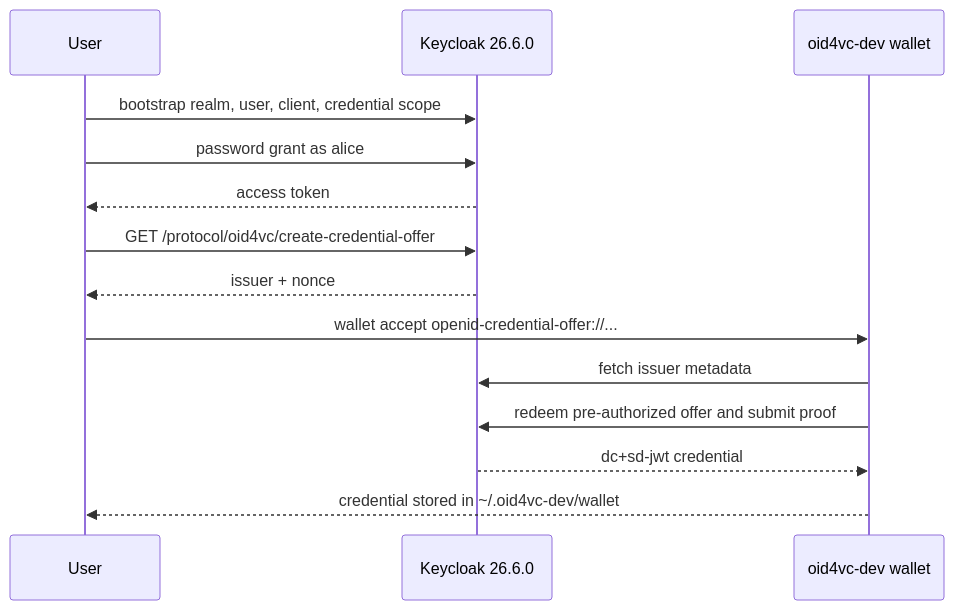
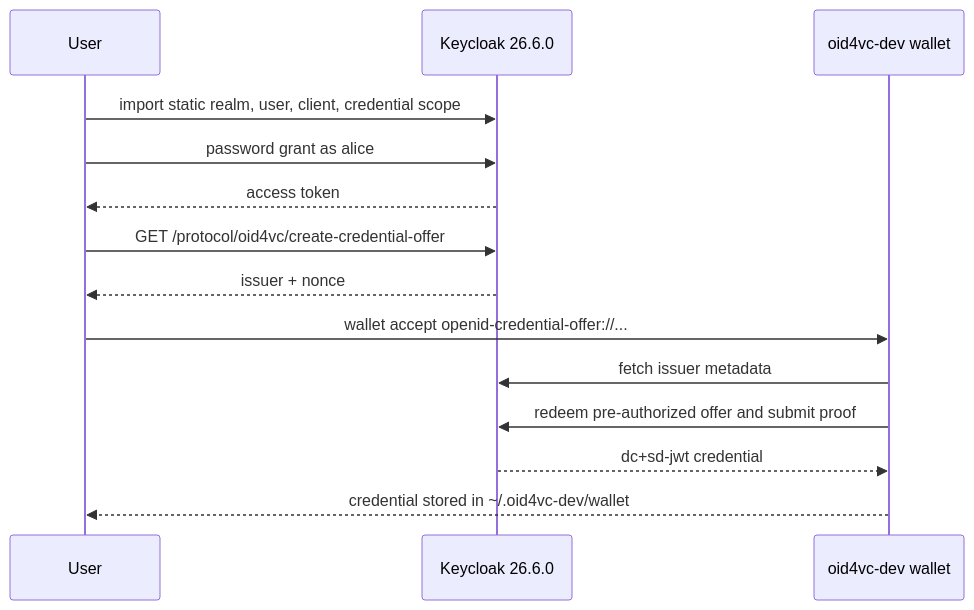
Before and after one commit to dominikschlosser/ssi-debugger: the diagram in examples/keycloak-issuer-wallet/README.md, drawn with Mermaid. The commit also changed other lines of this file and 33 other files, not shown here.

````diff
--- a/examples/keycloak-issuer-wallet/README.md
+++ b/examples/keycloak-issuer-wallet/README.md
@@ -14,17 +14,17 @@
 ```mermaid
 sequenceDiagram
     participant U as User
     participant KC as Keycloak 26.6.0
     participant W as oid4vc-dev wallet
 
-    U->>KC: bootstrap realm, user, client, credential scope
+    U->>KC: import static realm, user, client, credential scope
     U->>KC: password grant as alice
     KC-->>U: access token
     U->>KC: GET /protocol/oid4vc/create-credential-offer
     KC-->>U: issuer + nonce
     U->>W: wallet accept openid-credential-offer://...
     W->>KC: fetch issuer metadata
     W->>KC: redeem pre-authorized offer and submit proof
     KC-->>W: dc+sd-jwt credential
     W-->>U: credential stored in ~/.oid4vc-dev/wallet
 ```
````
